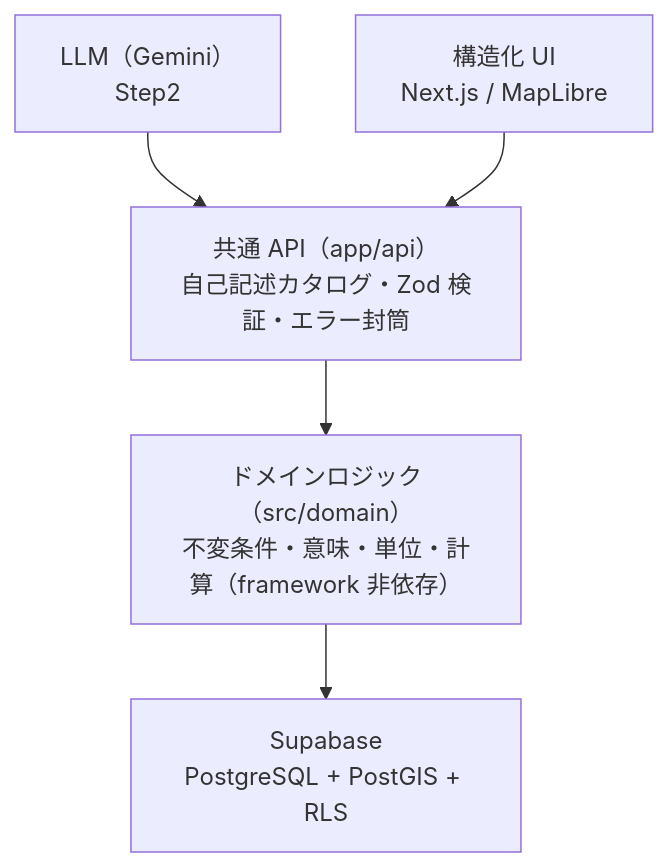
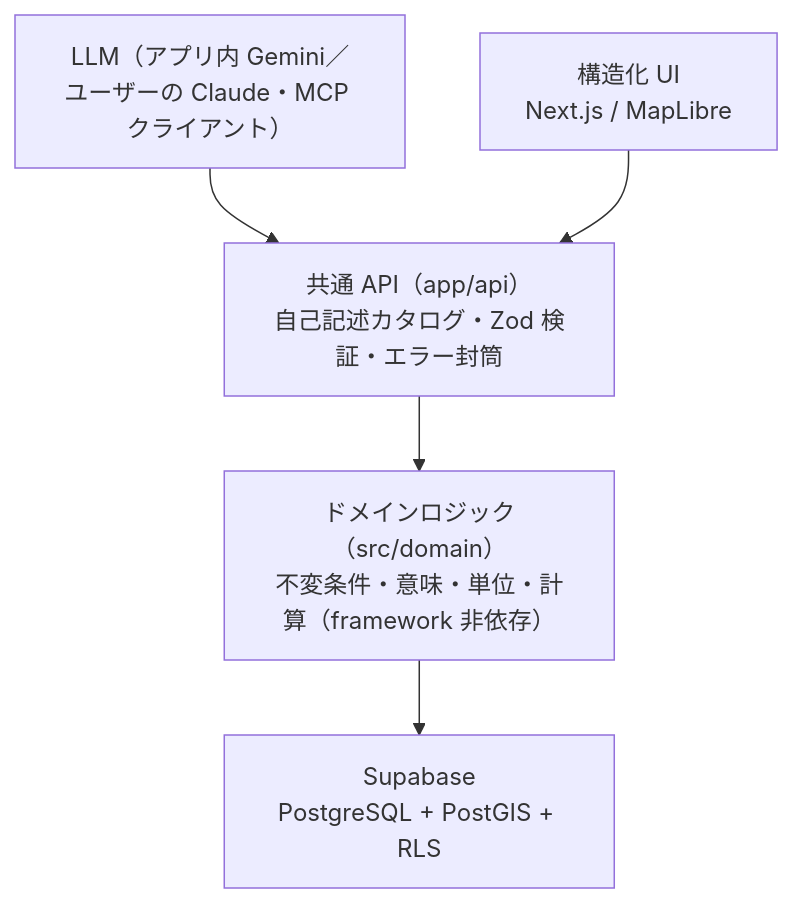
One commit to kusui26/ai-database-map changed the diagram in README.md. Above: the diagram before and after it, drawn with Mermaid. The commit also changed other lines of this file and 9 other files, not shown here.

````diff
--- a/README.md
+++ b/README.md
@@ -13,12 +13,12 @@
 ```mermaid
 flowchart TB
-    LLM["LLM（Gemini）<br/>Step2"]
+    LLM["LLM（アプリ内 Gemini／<br/>ユーザーの Claude・MCP クライアント）"]
     UI["構造化 UI<br/>Next.js / MapLibre"]
     API["共通 API（app/api）<br/>自己記述カタログ・Zod 検証・エラー封筒"]
     DOM["ドメインロジック（src/domain）<br/>不変条件・意味・単位・計算（framework 非依存）"]
     DB["Supabase<br/>PostgreSQL + PostGIS + RLS"]
     LLM --> API
     UI --> API
     API --> DOM
     DOM --> DB
 ```
````
